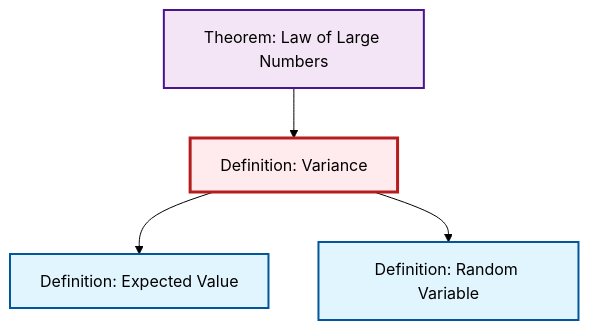
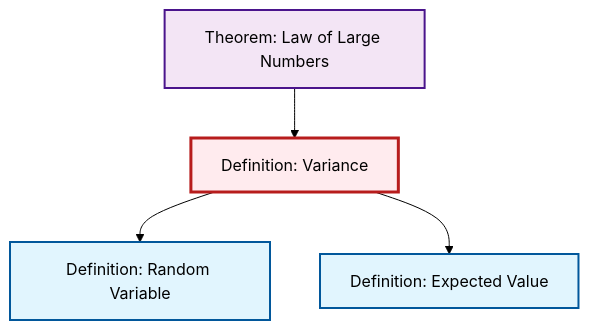
One commit to RK0429/ModernMath changed the second of 2 diagrams in content/ja/probability-statistics/def-variance.qmd. Above: the diagram before and after it, drawn with Mermaid (forest theme). The commit also changed other lines of this file and 615 other files, not shown here.

````diff
--- a/content/ja/probability-statistics/def-variance.qmd
+++ b/content/ja/probability-statistics/def-variance.qmd
@@ -96,20 +96,20 @@
 ```{mermaid}
 %%| fig-cap: "Local dependency graph"
 graph TD
     classDef definition fill:#e1f5fe,stroke:#01579b,stroke-width:2px
     classDef theorem fill:#f3e5f5,stroke:#4a148c,stroke-width:2px
     classDef axiom fill:#fff3e0,stroke:#e65100,stroke-width:2px
     classDef example fill:#e8f5e9,stroke:#1b5e20,stroke-width:2px
     classDef current fill:#ffebee,stroke:#b71c1c,stroke-width:3px
-    def-expectation["Definition: Expected Value"]:::definition
-    thm-law-of-large-numbers["Theorem: Law of Large Numbers"]:::theorem
     def-variance["Definition: Variance"]:::definition
     def-random-variable["Definition: Random Variable"]:::definition
+    thm-law-of-large-numbers["Theorem: Law of Large Numbers"]:::theorem
+    def-expectation["Definition: Expected Value"]:::definition
+    def-variance --> def-random-variable
     def-variance --> def-expectation
-    def-variance --> def-random-variable
     thm-law-of-large-numbers --> def-variance
     class def-variance current
+    click def-random-variable "def-random-variable.html" "Definition: Random Variableへ"
+    click thm-law-of-large-numbers "thm-law-of-large-numbers.html" "Theorem: Law of Large Numbersへ"
     click def-expectation "def-expectation.html" "Definition: Expected Valueへ"
-    click thm-law-of-large-numbers "thm-law-of-large-numbers.html" "Theorem: Law of Large Numbersへ"
-    click def-random-variable "def-random-variable.html" "Definition: Random Variableへ"
 ```
````
